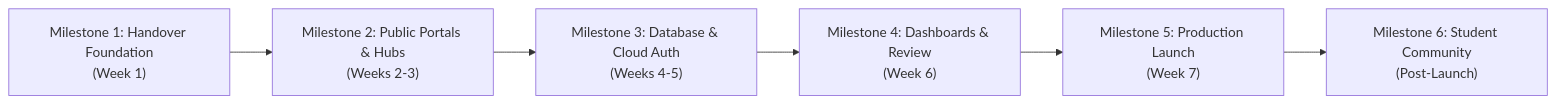
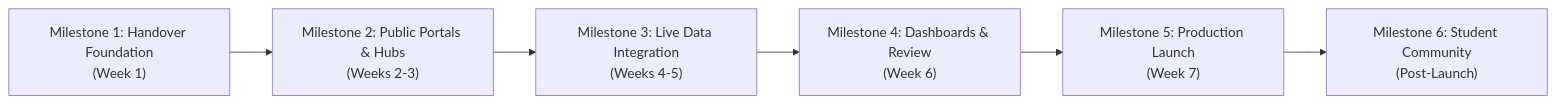
The diagram in docs/prd.md (nacos-uniuyo/nacos), drawn with Mermaid before and after one commit. The commit also changed other lines of this file and 1 other file, not shown here.

````diff
--- a/docs/prd.md
+++ b/docs/prd.md
@@ -107,8 +107,8 @@
 ```mermaid
 flowchart LR
     A["Milestone 1: Handover Foundation<br>(Week 1)"] --> B["Milestone 2: Public Portals & Hubs<br>(Weeks 2-3)"]
-    B --> C["Milestone 3: Database & Cloud Auth<br>(Weeks 4-5)"]
+    B --> C["Milestone 3: Live Data Integration<br>(Weeks 4-5)"]
     C --> D["Milestone 4: Dashboards & Review<br>(Week 6)"]
     D --> E["Milestone 5: Production Launch<br>(Week 7)"]
     E --> F["Milestone 6: Student Community<br>(Post-Launch)"]
 ```
````
